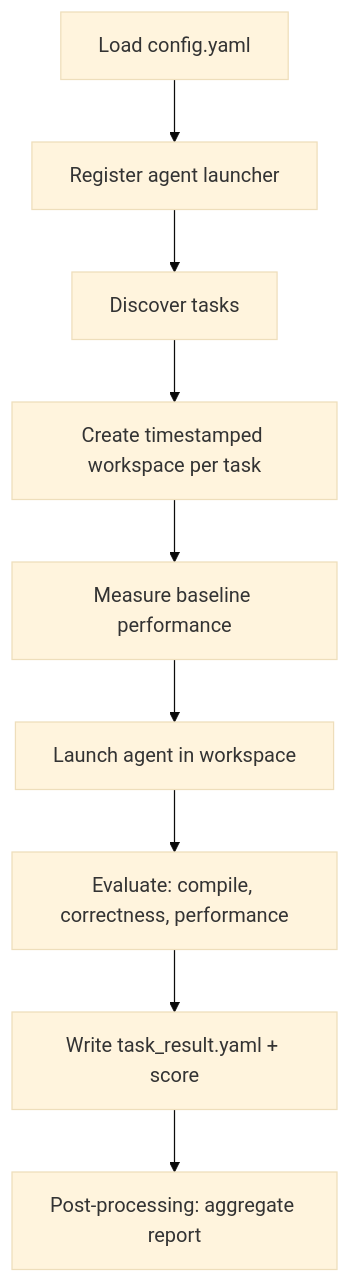
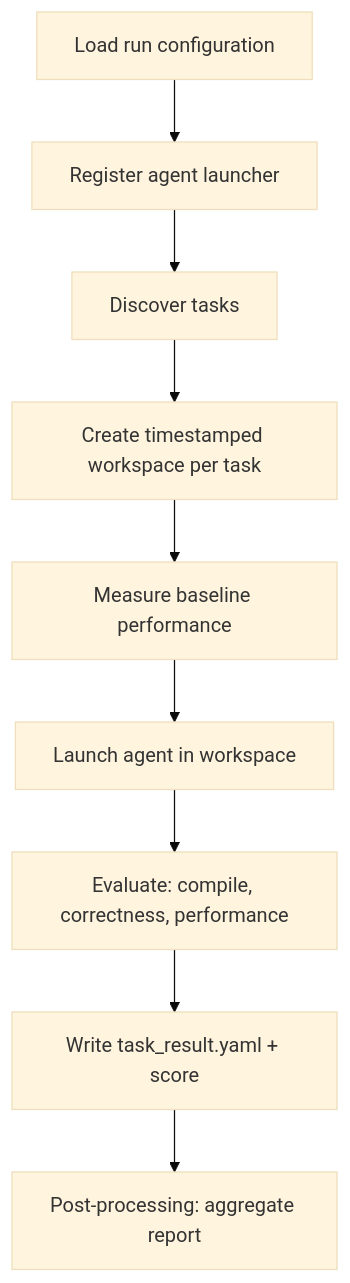
Before and after one commit to jiaqiang-dot-liu/AgentKernelArena: the diagram in docs/how-to/run-evaluation.md, drawn with Mermaid (base theme). The commit also changed other lines of this file and 19 other files, not shown here.

````diff
--- a/docs/how-to/run-evaluation.md
+++ b/docs/how-to/run-evaluation.md
@@ -113,11 +144,11 @@
 ```mermaid
 flowchart TD
-    A[Load config.yaml] --> B[Register agent launcher]
+    A[Load run configuration] --> B[Register agent launcher]
     B --> C[Discover tasks]
     C --> D[Create timestamped workspace per task]
     D --> E[Measure baseline performance]
     E --> F[Launch agent in workspace]
     F --> G[Evaluate: compile, correctness, performance]
     G --> H[Write task_result.yaml + score]
     H --> I[Post-processing: aggregate report]
 ```
````
